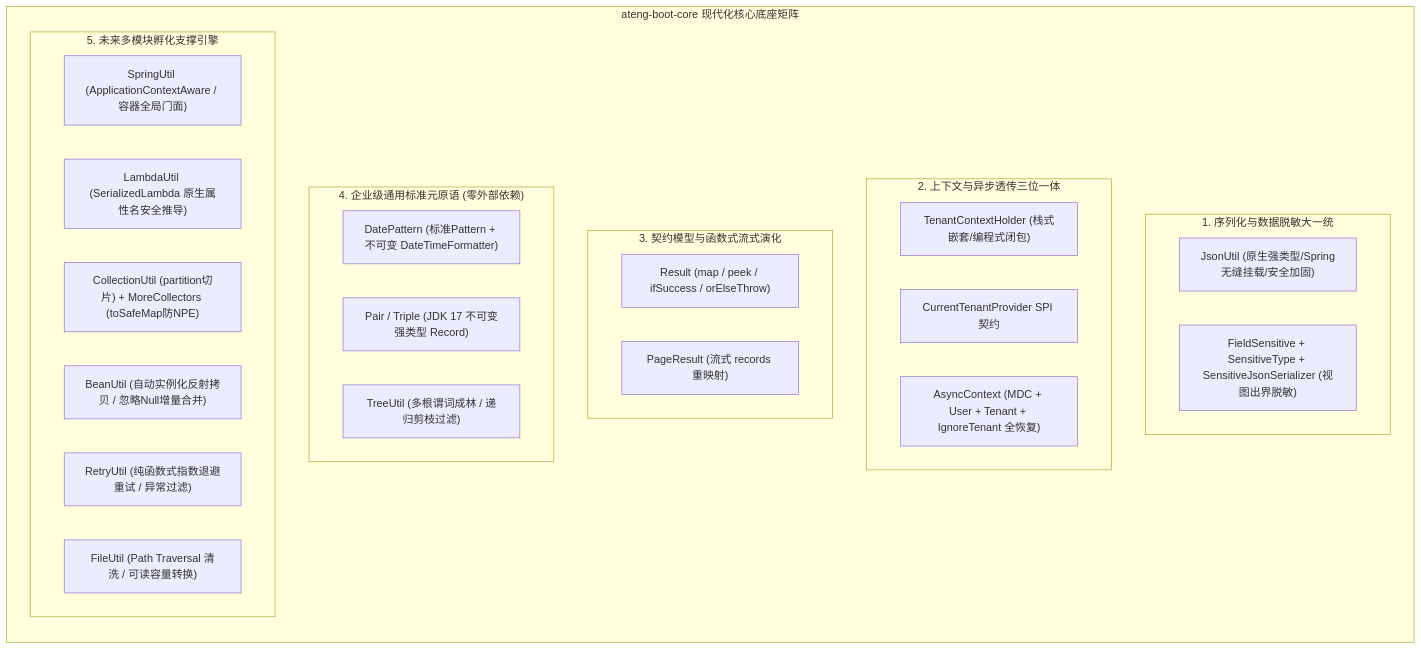
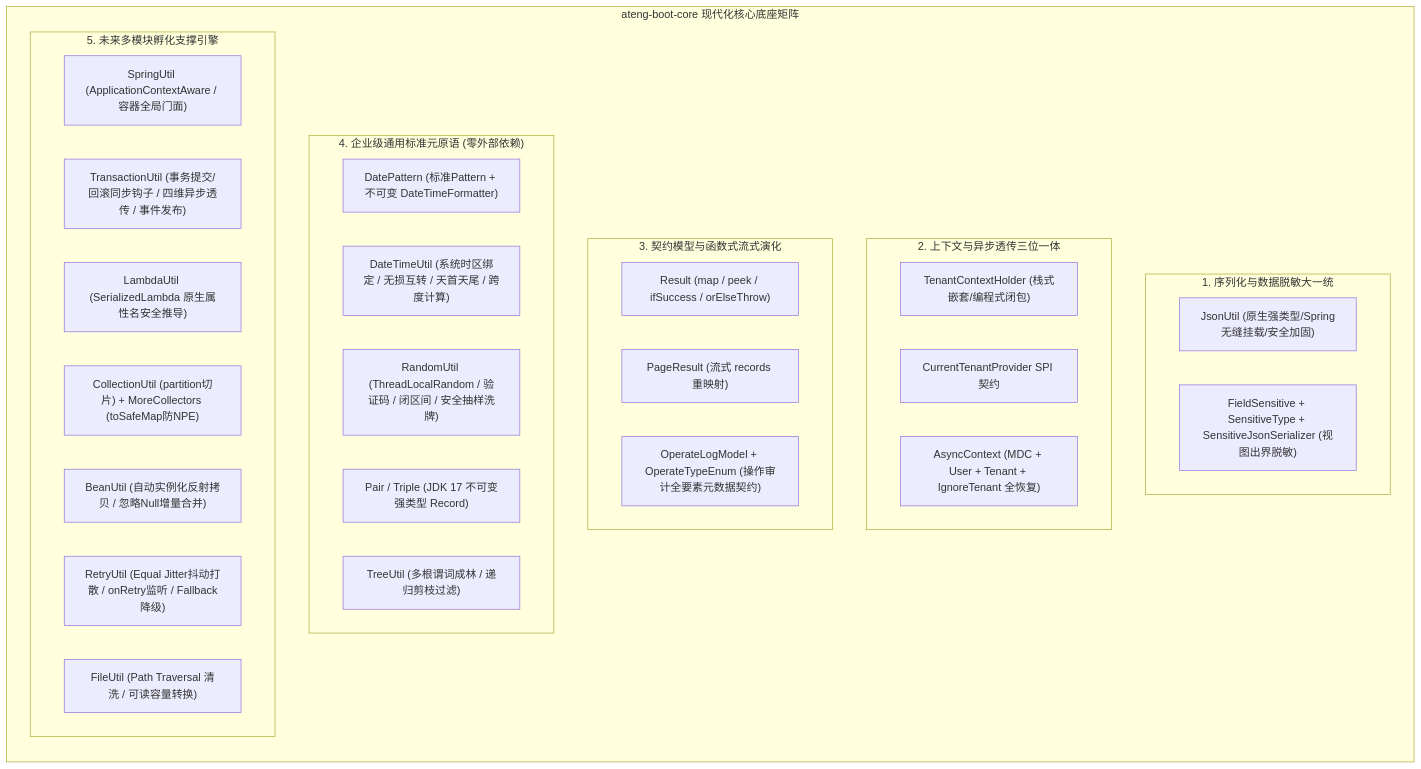
The diagram in docs/adr/0025-core-module-expansion-and-future-proof-middleware-foundations.md (atengk/ateng-boot), drawn with Mermaid before and after one commit. The commit also changed other lines of this file, not shown here.

````diff
--- a/docs/adr/0025-core-module-expansion-and-future-proof-middleware-foundations.md
+++ b/docs/adr/0025-core-module-expansion-and-future-proof-middleware-foundations.md
@@ -25,37 +25,41 @@
 ```mermaid
 flowchart TD
     subgraph CoreFoundations["ateng-boot-core 现代化核心底座矩阵"]
         direction TB
 
         subgraph S1["1. 序列化与数据脱敏大一统"]
             C_Json["JsonUtil (原生强类型/Spring无缝挂载/安全加固)"]
             C_Mask["FieldSensitive + SensitiveType + SensitiveJsonSerializer (视图出界脱敏)"]
         end
 
         subgraph S2["2. 上下文与异步透传三位一体"]
             C_Tenant["TenantContextHolder (栈式嵌套/编程式闭包)"]
             C_SPI["CurrentTenantProvider SPI 契约"]
             C_Async["AsyncContext (MDC + User + Tenant + IgnoreTenant 全恢复)"]
         end
 
         subgraph S3["3. 契约模型与函数式流式演化"]
             C_Result["Result (map / peek / ifSuccess / orElseThrow)"]
             C_Page["PageResult (流式 records 重映射)"]
+            C_Audit["OperateLogModel + OperateTypeEnum (操作审计全要素元数据契约)"]
         end
 
         subgraph S4["4. 企业级通用标准元原语 (零外部依赖)"]
             C_Date["DatePattern (标准Pattern + 不可变 DateTimeFormatter)"]
+            C_DT["DateTimeUtil (系统时区绑定 / 无损互转 / 天首天尾 / 跨度计算)"]
+            C_Rand["RandomUtil (ThreadLocalRandom / 验证码 / 闭区间 / 安全抽样洗牌)"]
             C_Tuple["Pair / Triple (JDK 17 不可变强类型 Record)"]
             C_Tree["TreeUtil (多根谓词成林 / 递归剪枝过滤)"]
         end
 
         subgraph S5["5. 未来多模块孵化支撑引擎"]
             C_Spring["SpringUtil (ApplicationContextAware / 容器全局门面)"]
+            C_Tx["TransactionUtil (事务提交/回滚同步钩子 / 四维异步透传 / 事件发布)"]
             C_Lambda["LambdaUtil (SerializedLambda 原生属性名安全推导)"]
             C_Coll["CollectionUtil (partition切片) + MoreCollectors (toSafeMap防NPE)"]
             C_Bean["BeanUtil (自动实例化反射拷贝 / 忽略Null增量合并)"]
-            C_Retry["RetryUtil (纯函数式指数退避重试 / 异常过滤)"]
+            C_Retry["RetryUtil (Equal Jitter抖动打散 / onRetry监听 / Fallback降级)"]
             C_File["FileUtil (Path Traversal 清洗 / 可读容量转换)"]
         end
     end
 ```
````
